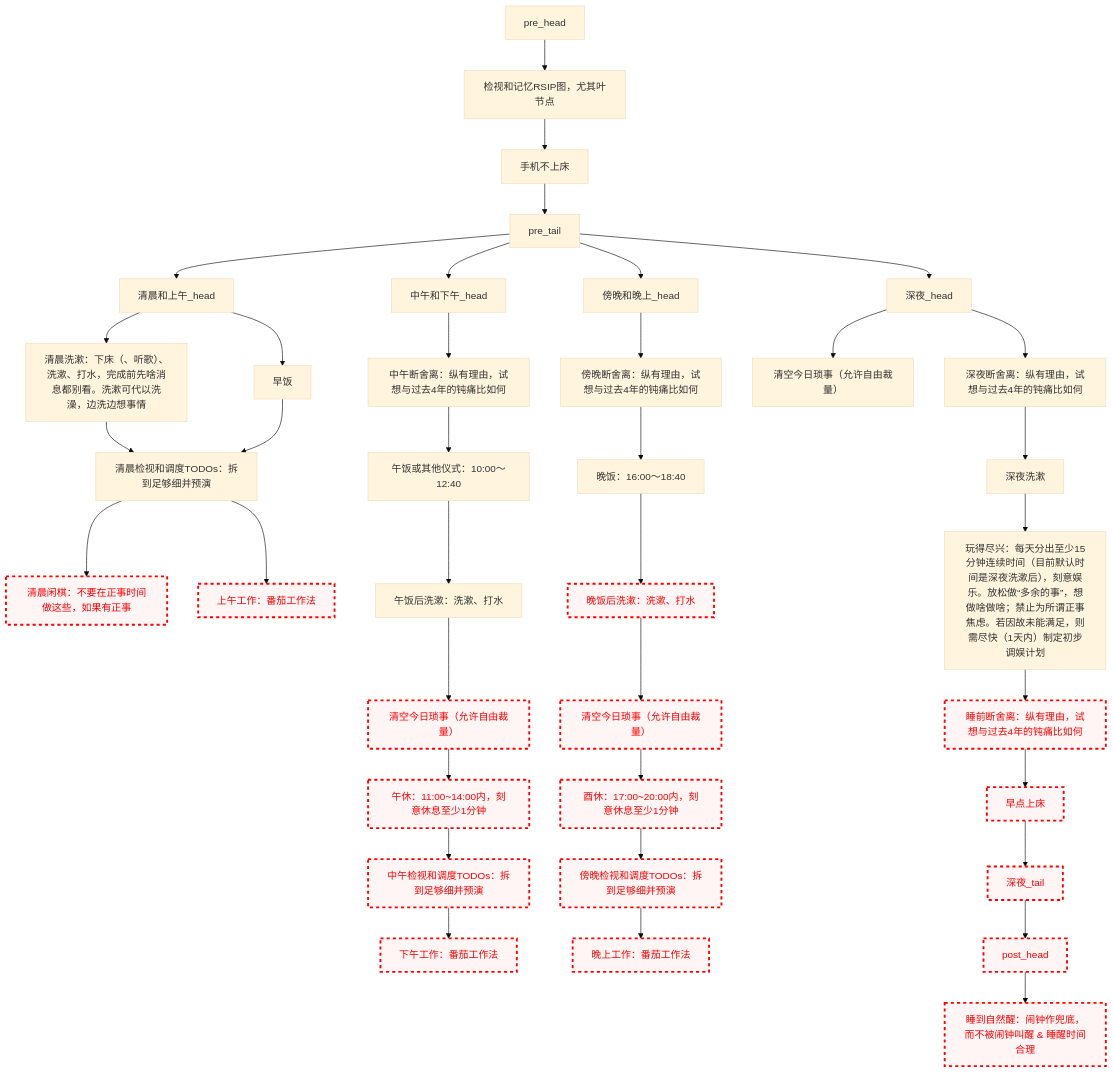
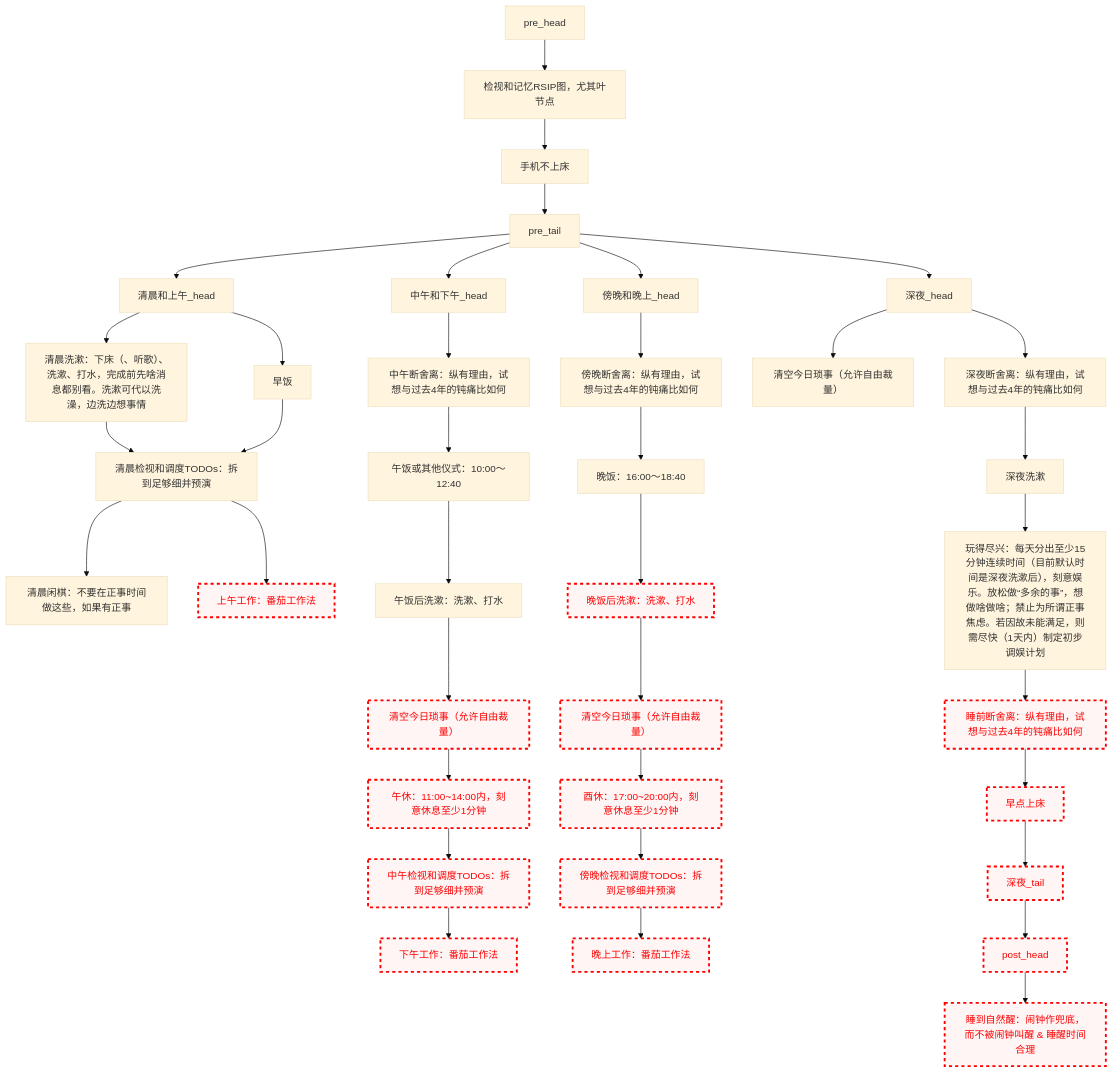
Before and after one commit to Ethkuil/RSIP-tree: the diagram in README.md, drawn with Mermaid (base theme).

Commit message:
enable 清晨闲棋

````diff
--- a/README.md
+++ b/README.md
@@ -21,65 +21,64 @@
 ```mermaid
 graph TD
 
 classDef failed stroke:#ff0000, stroke-width:3px, color:#ff0000, fill:#fff5f5, stroke-dasharray: 5
 
 pre_head --> RSIP[检视和记忆RSIP图，尤其叶节点]
 RSIP --> 手机不上床
 手机不上床 --> pre_tail
 
 
 pre_tail --> 清晨和上午_head
 清晨和上午_head --> 清晨洗漱[清晨洗漱：下床（、听歌）、洗漱、打水，完成前先啥消息都别看。洗漱可代以洗澡，边洗边想事情]
 清晨和上午_head --> 早饭
 清晨洗漱 --> 清晨看TODO[清晨检视和调度TODOs：拆到足够细并预演]
 早饭 --> 清晨看TODO
 清晨看TODO --> 清晨闲棋[清晨闲棋：不要在正事时间做这些，如果有正事]
-class 清晨闲棋 failed
 清晨看TODO --> 上午工作[上午工作：番茄工作法]
 class 上午工作 failed
 
 pre_tail --> 中午和下午_head
 中午和下午_head --> 中午断舍离[中午断舍离：纵有理由，试想与过去4年的钝痛比如何]
 中午断舍离 --> 午饭[午饭或其他仪式：10:00～12:40]
 午饭 --> 午饭后洗漱[午饭后洗漱：洗漱、打水]
 午饭后洗漱 --> 中午今日琐事[清空今日琐事（允许自由裁量）]
 class 中午今日琐事 failed
 中午今日琐事 --> 午休[午休：11:00~14:00内，刻意休息至少1分钟]
 class 午休 failed
 午休 --> 中午看TODO[中午检视和调度TODOs：拆到足够细并预演]
 class 中午看TODO failed
 中午看TODO --> 下午工作[下午工作：番茄工作法]
 class 下午工作 failed
 
 pre_tail --> 傍晚和晚上_head
 傍晚和晚上_head --> 傍晚断舍离[傍晚断舍离：纵有理由，试想与过去4年的钝痛比如何]
 傍晚断舍离 --> 晚饭[晚饭：16:00～18:40]
 晚饭 --> 晚饭后洗漱[晚饭后洗漱：洗漱、打水]
 class 晚饭后洗漱 failed
 晚饭后洗漱 --> 傍晚今日琐事[清空今日琐事（允许自由裁量）]
 class 傍晚今日琐事 failed
 傍晚今日琐事 --> 酉休[酉休：17:00~20:00内，刻意休息至少1分钟]
 class 酉休 failed
 酉休 --> 傍晚看TODO[傍晚检视和调度TODOs：拆到足够细并预演]
 class 傍晚看TODO failed
 傍晚看TODO --> 晚上工作[晚上工作：番茄工作法]
 class 晚上工作 failed
 
 pre_tail --> 深夜_head
 深夜_head --> 深夜今日琐事[清空今日琐事（允许自由裁量）]
 深夜_head --> 深夜断舍离[深夜断舍离：纵有理由，试想与过去4年的钝痛比如何]
 深夜断舍离 --> 深夜洗漱
 深夜洗漱 --> 玩得尽兴[玩得尽兴：每天分出至少15分钟连续时间（目前默认时间是深夜洗漱后），刻意娱乐。放松做“多余的事”，想做啥做啥；禁止为所谓正事焦虑。若因故未能满足，则需尽快（1天内）制定初步调娱计划]
 玩得尽兴 --> 睡前断舍离[睡前断舍离：纵有理由，试想与过去4年的钝痛比如何]
 class 睡前断舍离 failed
 睡前断舍离 --> 早点上床
 class 早点上床 failed
 早点上床 --> 深夜_tail
 class 深夜_tail failed
 
 
 深夜_tail --> post_head
 class post_head failed
 post_head --> 睡到自然醒[睡到自然醒：闹钟作兜底，而不被闹钟叫醒 & 睡醒时间合理]
 class 睡到自然醒 failed
 ```
````
